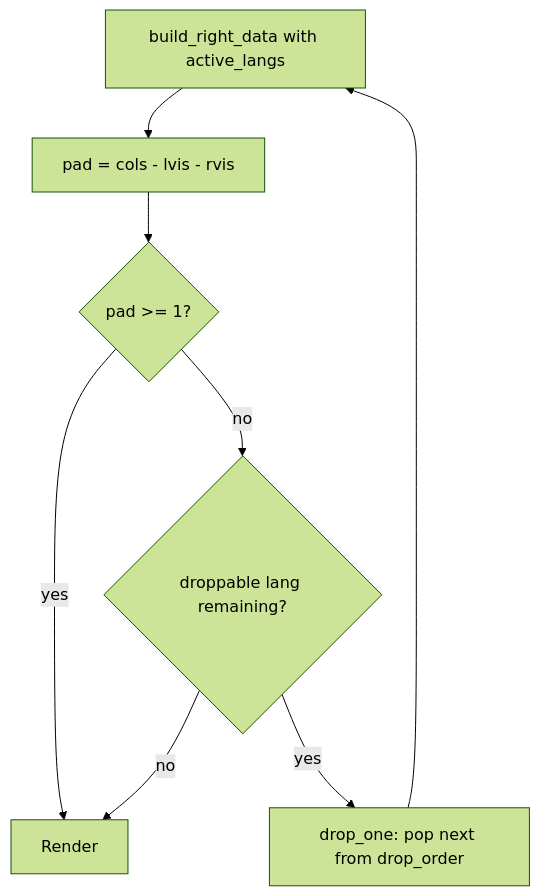
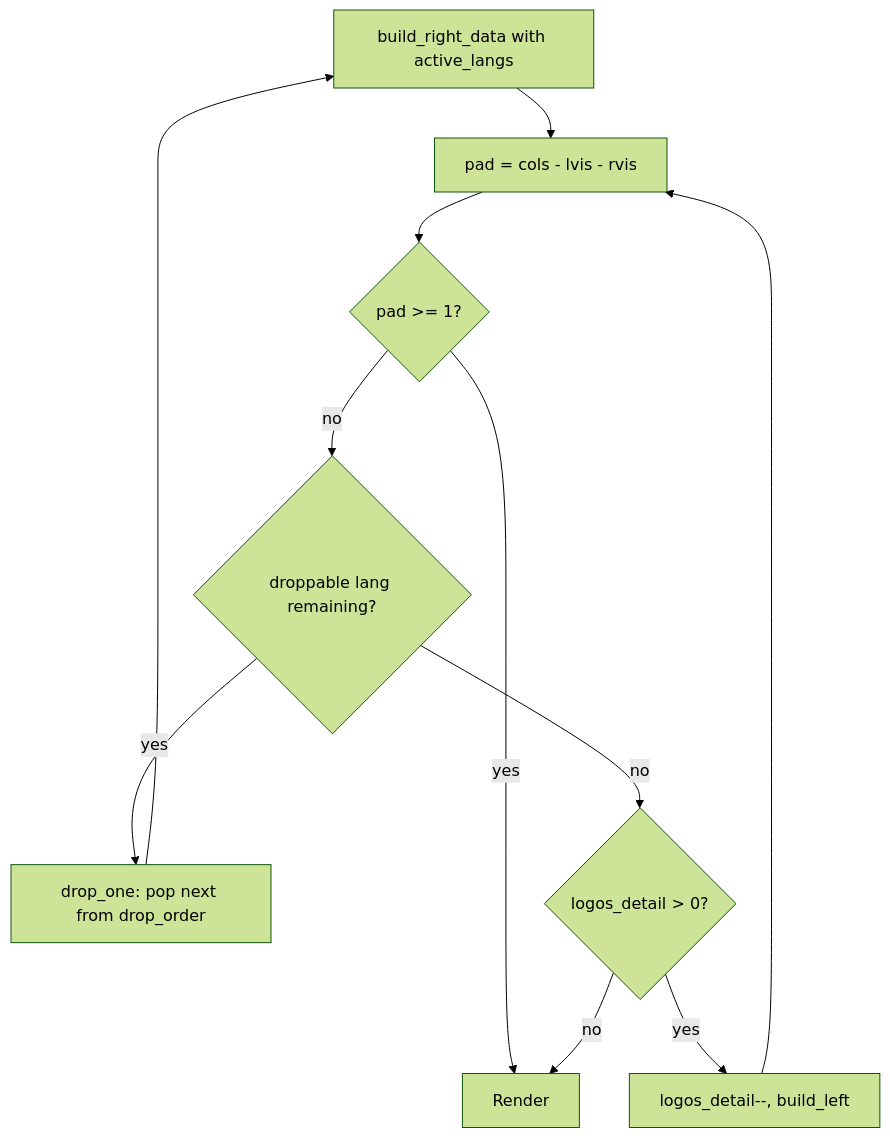
The second of 3 diagrams in docs/INTERNALS.md (securacore/kanagawa-statusline), drawn with Mermaid (forest theme) before and after one commit. The commit also changed other lines of this file and 4 other files, not shown here.

````diff
--- a/docs/INTERNALS.md
+++ b/docs/INTERNALS.md
@@ -39,10 +53,13 @@
 ```mermaid
 flowchart TD
   build[build_right_data with active_langs] --> measure["pad = cols - lvis - rvis"]
   measure --> check{"pad >= 1?"}
   check -->|yes| render[Render]
   check -->|no| any{"droppable lang remaining?"}
   any -->|yes| drop[drop_one: pop next from drop_order]
   drop --> build
-  any -->|no| render
+  any -->|no| lg{"logos_detail > 0?"}
+  lg -->|yes| shed["logos_detail--, build_left"]
+  shed --> measure
+  lg -->|no| render
 ```
````
